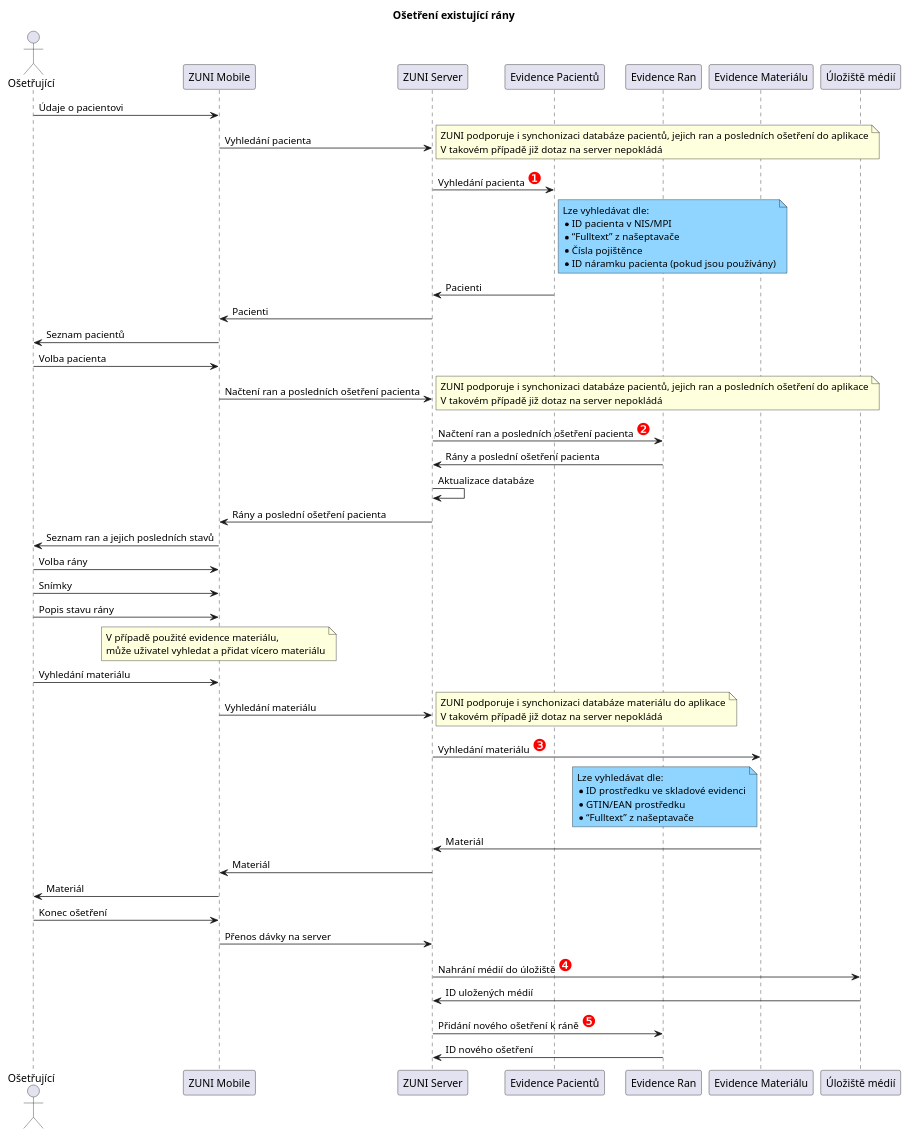
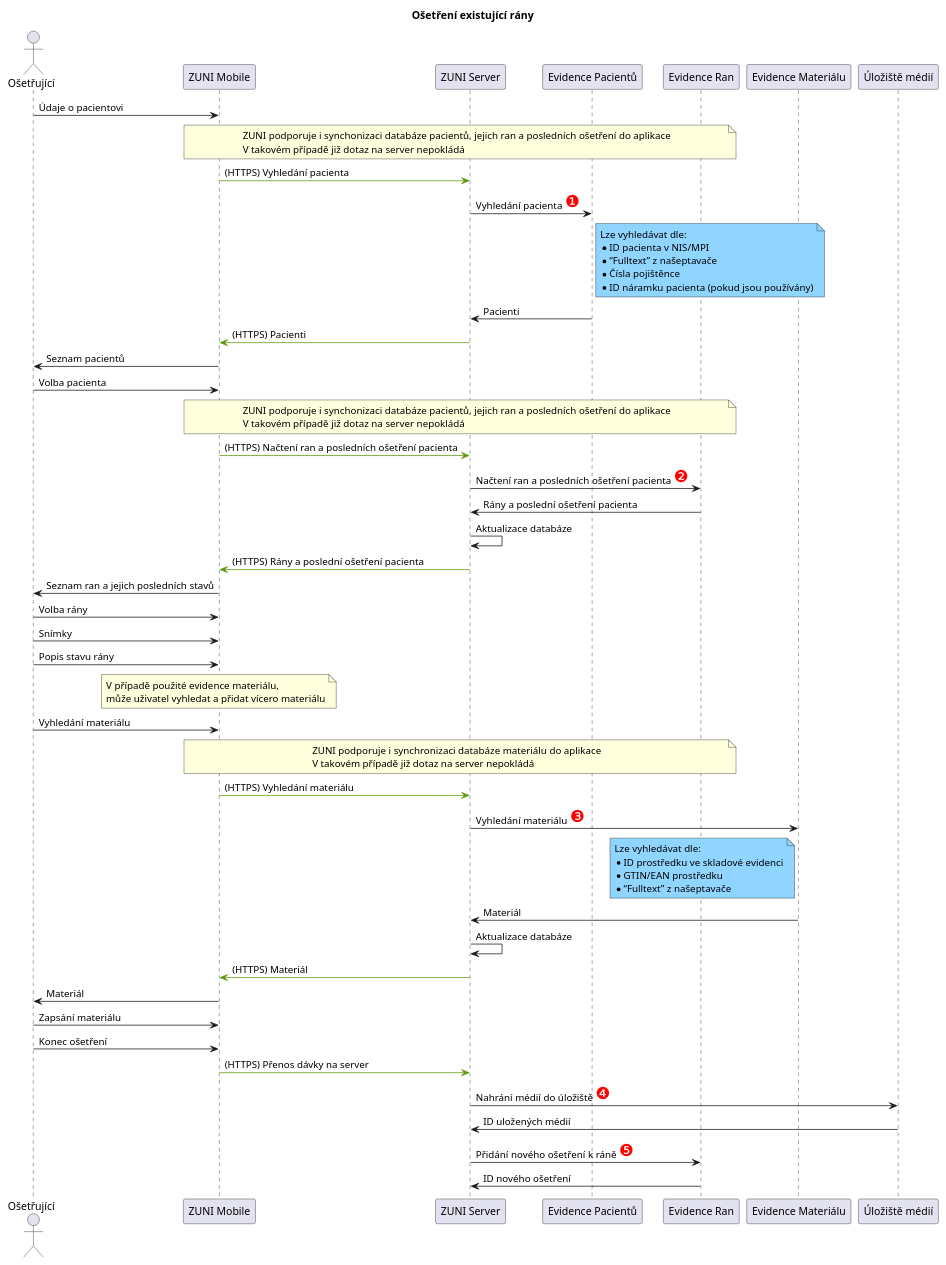
The diagram in integration/integration-sequence-existing-wound.plantuml (bindworks/bw-zuni-docs), drawn with PlantUML before and after one commit.

Commit message:
Update integration sequence for patient and material

```diff
--- a/integration/integration-sequence-existing-wound.plantuml
+++ b/integration/integration-sequence-existing-wound.plantuml
@@ -1,76 +1,78 @@
 @startuml
 
 title "Ošetření existující rány"
 
 actor SES as "Ošetřující"
 participant MOB as "ZUNI Mobile"
 participant SER as "ZUNI Server"
 participant PAC as "Evidence Pacientů"
 participant RAN as "Evidence Ran"
 participant MAT as "Evidence Materiálu"
 participant MED as "Úložiště médií"
 
 SES -> MOB: Údaje o pacientovi
-MOB -> SER: Vyhledání pacienta
-note right
+note over MOB, RAN
 ZUNI podporuje i synchonizaci databáze pacientů, jejich ran a posledních ošetření do aplikace
 V takovém případě již dotaz na server nepokládá
 end note
+MOB -[#5c9807]> SER: (HTTPS) Vyhledání pacienta
 SER -> PAC: Vyhledání pacienta <font color="red"><size:22>❶
 note right of PAC #90D5FF
 Lze vyhledávat dle:
 * ID pacienta v NIS/MPI
 * “Fulltext” z našeptavače
 * Čísla pojištěnce
 * ID náramku pacienta (pokud jsou používány)
 end note
 SER <- PAC: Pacienti
-MOB <- SER: Pacienti
+MOB <[#5c9807]- SER: (HTTPS) Pacienti
 SES <- MOB: Seznam pacientů
 
 SES -> MOB: Volba pacienta
-MOB -> SER: Načtení ran a posledních ošetření pacienta
-note right
+note over MOB, RAN
 ZUNI podporuje i synchonizaci databáze pacientů, jejich ran a posledních ošetření do aplikace
 V takovém případě již dotaz na server nepokládá
 end note
+MOB -[#5c9807]> SER: (HTTPS) Načtení ran a posledních ošetření pacienta
 SER -> RAN: Načtení ran a posledních ošetření pacienta <font color="red"><size:22>❷
 SER <- RAN: Rány a poslední ošetření pacienta
 SER -> SER: Aktualizace databáze
-MOB <- SER: Rány a poslední ošetření pacienta
+MOB <[#5c9807]- SER: (HTTPS) Rány a poslední ošetření pacienta
 SES <- MOB: Seznam ran a jejich posledních stavů
 
 SES -> MOB: Volba rány
 SES -> MOB: Snímky
 SES -> MOB: Popis stavu rány
 
 note over MOB
 V případě použité evidence materiálu,
 může uživatel vyhledat a přidat vícero materiálu
 end note
 
 SES -> MOB: Vyhledání materiálu
-MOB -> SER: Vyhledání materiálu
-note right
-ZUNI podporuje i synchonizaci databáze materiálu do aplikace
+note over MOB, RAN
+ZUNI podporuje i synchronizaci databáze materiálu do aplikace
 V takovém případě již dotaz na server nepokládá
 end note
+MOB -[#5c9807]> SER: (HTTPS) Vyhledání materiálu
 SER -> MAT: Vyhledání materiálu <font color="red"><size:22>❸
 note left of MAT #90D5FF
 Lze vyhledávat dle:
 * ID prostředku ve skladové evidenci
 * GTIN/EAN prostředku
 * “Fulltext” z našeptavače
 end note
 SER <- MAT: Materiál
-MOB <- SER: Materiál
+SER -> SER: Aktualizace databáze
+MOB <[#5c9807]- SER: (HTTPS) Materiál
 SES <- MOB: Materiál
+SES -> MOB: Zapsání materiálu
 
 SES -> MOB: Konec ošetření
-MOB -> SER: Přenos dávky na server
+MOB -[#5c9807]> SER: (HTTPS) Přenos dávky na server
 SER -> MED: Nahrání médií do úložiště <font color="red"><size:22>❹
 MED -> SER: ID uložených médií
 SER -> RAN: Přidání nového ošetření k ráně <font color="red"><size:22>❺
 SER <- RAN: ID nového ošetření
 
 @enduml
```
